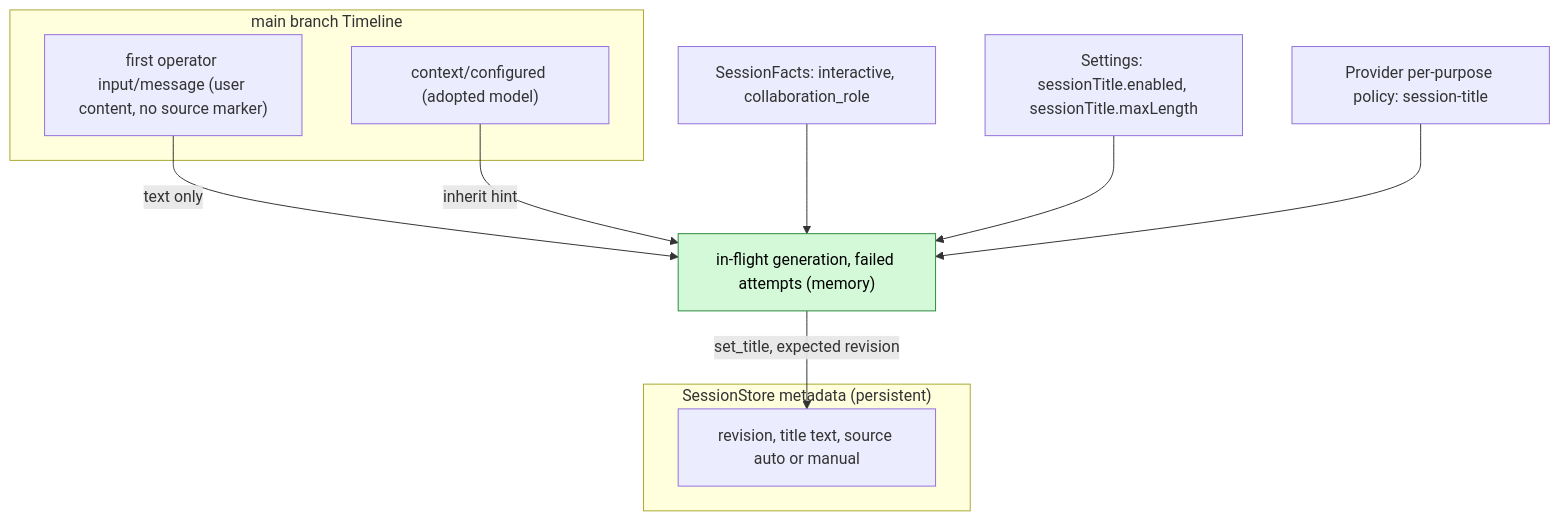
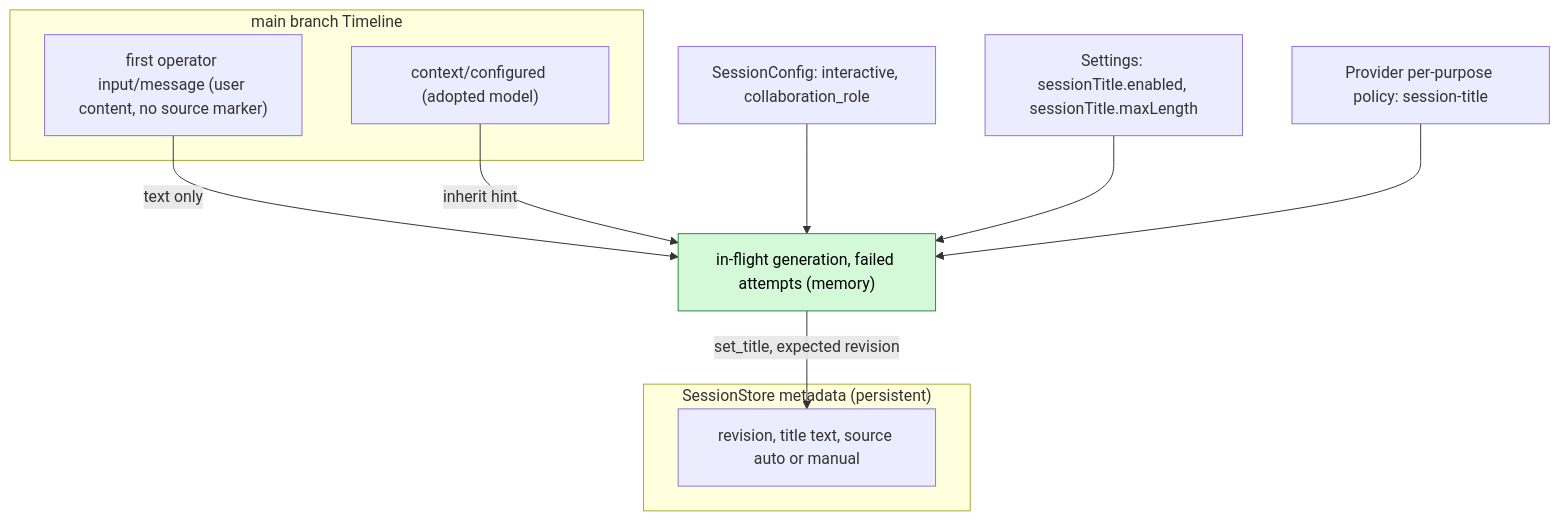
The second of 5 diagrams in docs/design/plugins/SessionTitle.md (CoutinhoTTS/dim-agent), drawn with Mermaid before and after one commit. The commit also changed other lines of this file and 3 other files, not shown here.

````diff
--- a/docs/design/plugins/SessionTitle.md
+++ b/docs/design/plugins/SessionTitle.md
@@ -43,21 +43,21 @@
 ```mermaid
 flowchart TB
   subgraph TLM["main branch Timeline"]
     FUI["first operator input/message (user content, no source marker)"]
     CC["context/configured (adopted model)"]
   end
   subgraph STORE["SessionStore metadata (persistent)"]
     MD["revision, title text, source auto or manual"]
   end
-  FACTS["SessionFacts: interactive, collaboration_role"]
+  CONF["SessionConfig: interactive, collaboration_role"]
   CFG["Settings: sessionTitle.enabled, sessionTitle.maxLength"]
   POL["Provider per-purpose policy: session-title"]
   MEM["in-flight generation, failed attempts (memory)"]:::new
   FUI -->|"text only"| MEM
   CC -->|"inherit hint"| MEM
-  FACTS --> MEM
+  CONF --> MEM
   CFG --> MEM
   POL --> MEM
   MEM -->|"set_title, expected revision"| MD
   classDef new fill:#d3f9d8,stroke:#2b8a3e,color:#000
 ```
````
